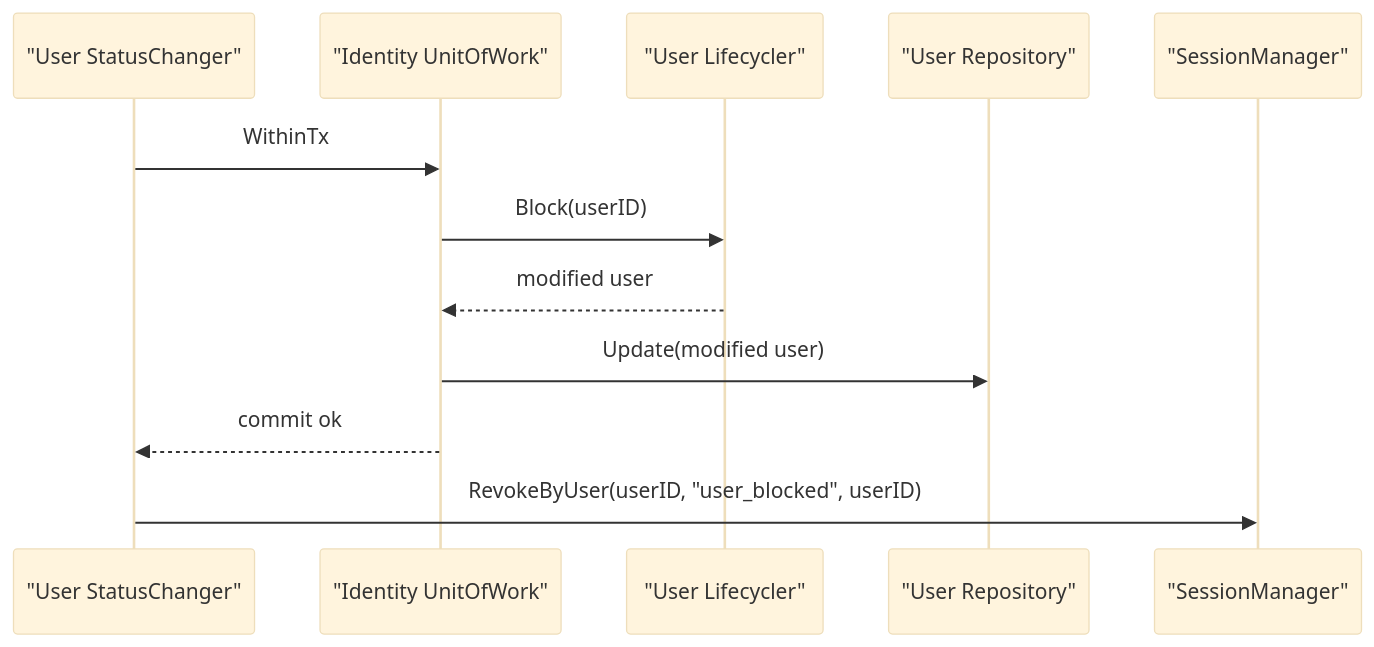
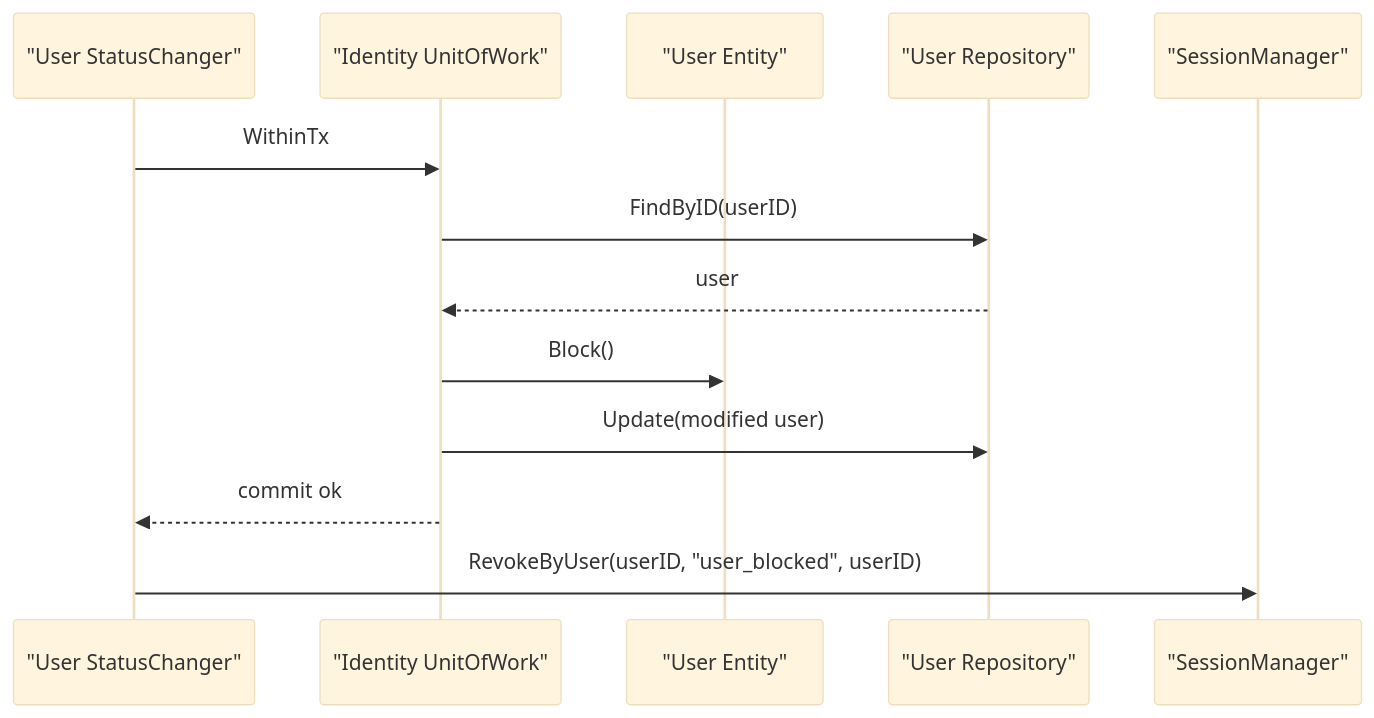
One commit to FangcunMount/iam changed diagram 12 of 12 in docs/02-认证AuthN/02-认证语义-用户状态&会话&Token边界.md. Above: the diagram before and after it, drawn with Mermaid (base theme). The commit also changed other lines of this file and 65 other files, not shown here.

````diff
--- a/docs/02-认证AuthN/02-认证语义-用户状态&会话&Token边界.md
+++ b/docs/02-认证AuthN/02-认证语义-用户状态&会话&Token边界.md
@@ -783,15 +783,16 @@
 ```mermaid
 sequenceDiagram
     participant App as "User StatusChanger"
     participant UOW as "Identity UnitOfWork"
-    participant User as "User Lifecycler"
+    participant User as "User Entity"
     participant Repo as "User Repository"
     participant Session as "SessionManager"
 
     App->>UOW: WithinTx
-    UOW->>User: Block(userID)
-    User-->>UOW: modified user
+    UOW->>Repo: FindByID(userID)
+    Repo-->>UOW: user
+    UOW->>User: Block()
     UOW->>Repo: Update(modified user)
     UOW-->>App: commit ok
     App->>Session: RevokeByUser(userID, "user_blocked", userID)
 ```
````
